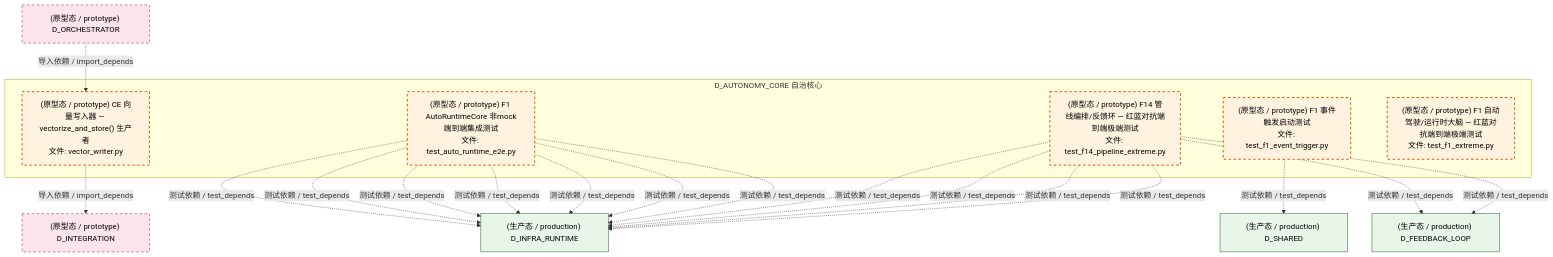
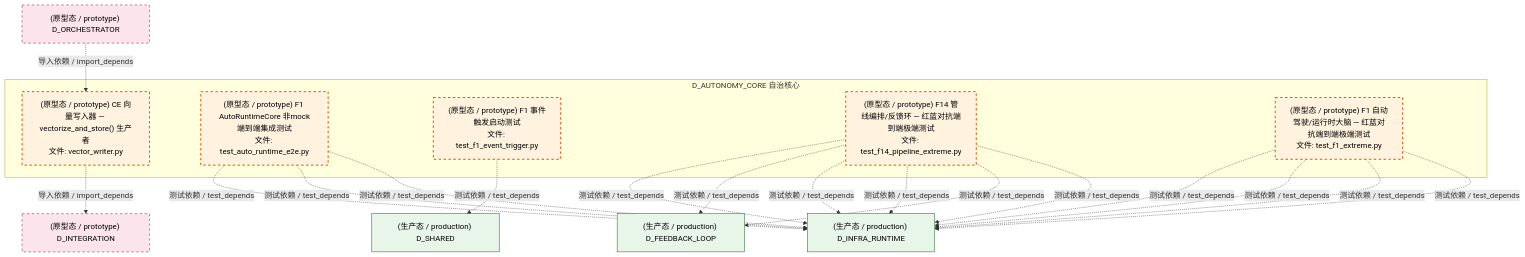
The seventh of 8 diagrams in docs/02_enterprise_architecture/02_domain_architecture_docs/07_d_autonomy_core.md (xuanFelixVan/ZephyrAlpha), drawn with Mermaid before and after one commit. The commit also changed 89 other files, not shown here.

````diff
--- a/docs/02_enterprise_architecture/02_domain_architecture_docs/07_d_autonomy_core.md
+++ b/docs/02_enterprise_architecture/02_domain_architecture_docs/07_d_autonomy_core.md
@@ -744,38 +744,38 @@
 ```mermaid
 graph TD
     subgraph D_AUTONOMY_CORE["D_AUTONOMY_CORE 自治核心"]
         src_zephyr_integration_vector_memory_vector_writer_py["(原型态 / prototype) CE 向量写入器 — vectorize_and_store() 生产者<br/>文件: vector_writer.py"]
         tests_automation_test_auto_runtime_e2e_py["(原型态 / prototype) F1 AutoRuntimeCore 非mock端到端集成测试<br/>文件: test_auto_runtime_e2e.py"]
         tests_f_lifecycle_test_f1_event_trigger_py["(原型态 / prototype) F1 事件触发启动测试<br/>文件: test_f1_event_trigger.py"]
         tests_trading_extreme_test_f14_pipeline_extreme_py["(原型态 / prototype) F14 管线编排/反馈环 — 红蓝对抗端到端极端测试<br/>文件: test_f14_pipeline_extreme.py"]
         tests_trading_extreme_test_f1_extreme_py["(原型态 / prototype) F1 自动驾驶/运行时大脑 — 红蓝对抗端到端极端测试<br/>文件: test_f1_extreme.py"]
     end
+    D_INFRA_RUNTIME["(生产态 / production) D_INFRA_RUNTIME"]
+    tests_trading_extreme_test_f14_pipeline_extreme_py -.->|测试依赖 / test_depends| D_INFRA_RUNTIME
+    D_SHARED["(生产态 / production) D_SHARED"]
+    tests_f_lifecycle_test_f1_event_trigger_py -.->|测试依赖 / test_depends| D_SHARED
+    tests_trading_extreme_test_f1_extreme_py -.->|测试依赖 / test_depends| D_INFRA_RUNTIME
+    D_FEEDBACK_LOOP["(生产态 / production) D_FEEDBACK_LOOP"]
+    tests_trading_extreme_test_f14_pipeline_extreme_py -.->|测试依赖 / test_depends| D_FEEDBACK_LOOP
+    tests_automation_test_auto_runtime_e2e_py -.->|测试依赖 / test_depends| D_INFRA_RUNTIME
     D_INTEGRATION["(原型态 / prototype) D_INTEGRATION"]
     src_zephyr_integration_vector_memory_vector_writer_py -.->|导入依赖 / import_depends| D_INTEGRATION
-    D_INFRA_RUNTIME["(生产态 / production) D_INFRA_RUNTIME"]
-    tests_automation_test_auto_runtime_e2e_py -.->|测试依赖 / test_depends| D_INFRA_RUNTIME
-    tests_automation_test_auto_runtime_e2e_py -.->|测试依赖 / test_depends| D_INFRA_RUNTIME
-    tests_automation_test_auto_runtime_e2e_py -.->|测试依赖 / test_depends| D_INFRA_RUNTIME
-    tests_automation_test_auto_runtime_e2e_py -.->|测试依赖 / test_depends| D_INFRA_RUNTIME
-    tests_automation_test_auto_runtime_e2e_py -.->|测试依赖 / test_depends| D_INFRA_RUNTIME
-    tests_automation_test_auto_runtime_e2e_py -.->|测试依赖 / test_depends| D_INFRA_RUNTIME
-    tests_automation_test_auto_runtime_e2e_py -.->|测试依赖 / test_depends| D_INFRA_RUNTIME
-    D_SHARED["(生产态 / production) D_SHARED"]
-    tests_f_lifecycle_test_f1_event_trigger_py -.->|测试依赖 / test_depends| D_SHARED
-    tests_trading_extreme_test_f14_pipeline_extreme_py -.->|测试依赖 / test_depends| D_INFRA_RUNTIME
-    D_FEEDBACK_LOOP["(生产态 / production) D_FEEDBACK_LOOP"]
-    tests_trading_extreme_test_f14_pipeline_extreme_py -.->|测试依赖 / test_depends| D_FEEDBACK_LOOP
     tests_trading_extreme_test_f14_pipeline_extreme_py -.->|测试依赖 / test_depends| D_INFRA_RUNTIME
     tests_trading_extreme_test_f14_pipeline_extreme_py -.->|测试依赖 / test_depends| D_INFRA_RUNTIME
+    tests_automation_test_auto_runtime_e2e_py -.->|测试依赖 / test_depends| D_INFRA_RUNTIME
     tests_trading_extreme_test_f14_pipeline_extreme_py -.->|测试依赖 / test_depends| D_FEEDBACK_LOOP
+    tests_automation_test_auto_runtime_e2e_py -.->|测试依赖 / test_depends| D_INFRA_RUNTIME
+    tests_trading_extreme_test_f1_extreme_py -.->|测试依赖 / test_depends| D_INFRA_RUNTIME
+    tests_trading_extreme_test_f1_extreme_py -.->|测试依赖 / test_depends| D_INFRA_RUNTIME
+    tests_trading_extreme_test_f1_extreme_py -.->|测试依赖 / test_depends| D_INFRA_RUNTIME
     tests_trading_extreme_test_f14_pipeline_extreme_py -.->|测试依赖 / test_depends| D_INFRA_RUNTIME
     D_ORCHESTRATOR["(原型态 / prototype) D_ORCHESTRATOR"]
     D_ORCHESTRATOR -.->|导入依赖 / import_depends| src_zephyr_integration_vector_memory_vector_writer_py
     classDef production fill:#e1f5fe,stroke:#01579b,stroke-width:2px,color:#000
     classDef design fill:#fff3e0,stroke:#e65100,stroke-width:2px,color:#000,stroke-dasharray: 5 5
     classDef external_prod fill:#e8f5e9,stroke:#1b5e20,stroke-width:1px,color:#000
     classDef external_design fill:#fce4ec,stroke:#880e4f,stroke-width:1px,color:#000,stroke-dasharray: 5 5
     class src_zephyr_integration_vector_memory_vector_writer_py,tests_automation_test_auto_runtime_e2e_py,tests_f_lifecycle_test_f1_event_trigger_py,tests_trading_extreme_test_f14_pipeline_extreme_py,tests_trading_extreme_test_f1_extreme_py design
     class D_INFRA_RUNTIME,D_SHARED,D_FEEDBACK_LOOP external_prod
     class D_INTEGRATION,D_ORCHESTRATOR external_design
 ```
````
